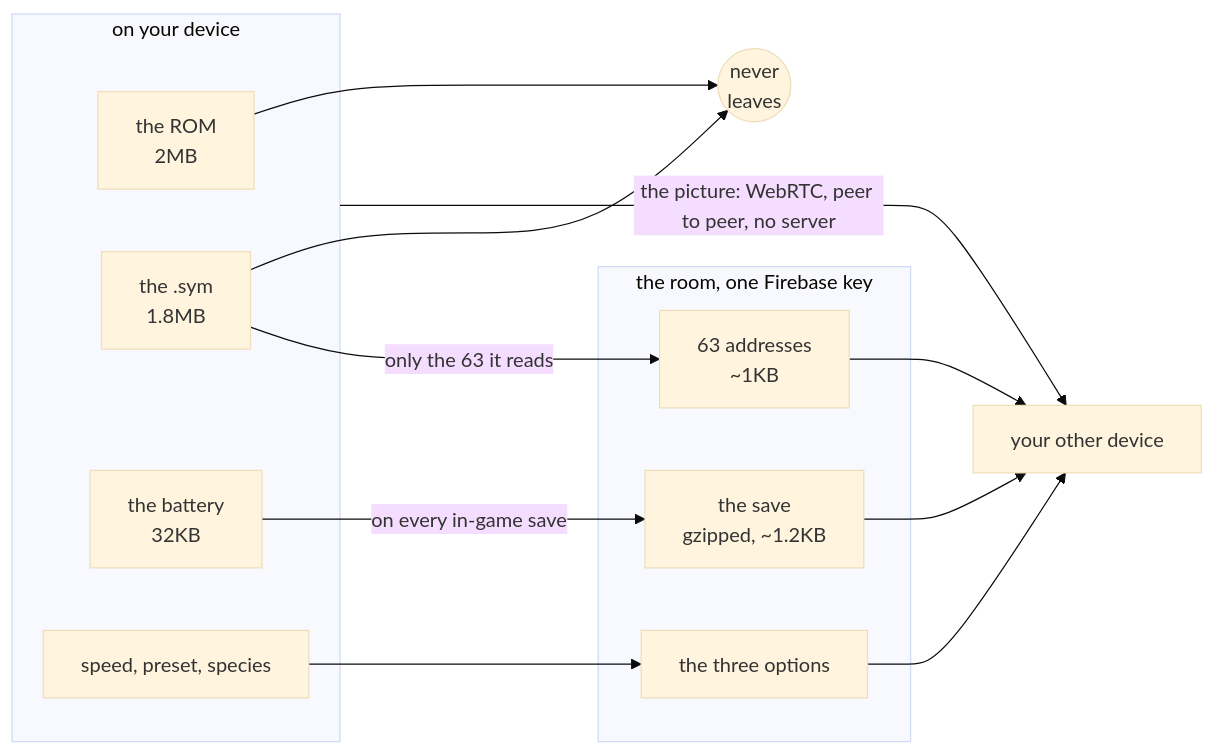
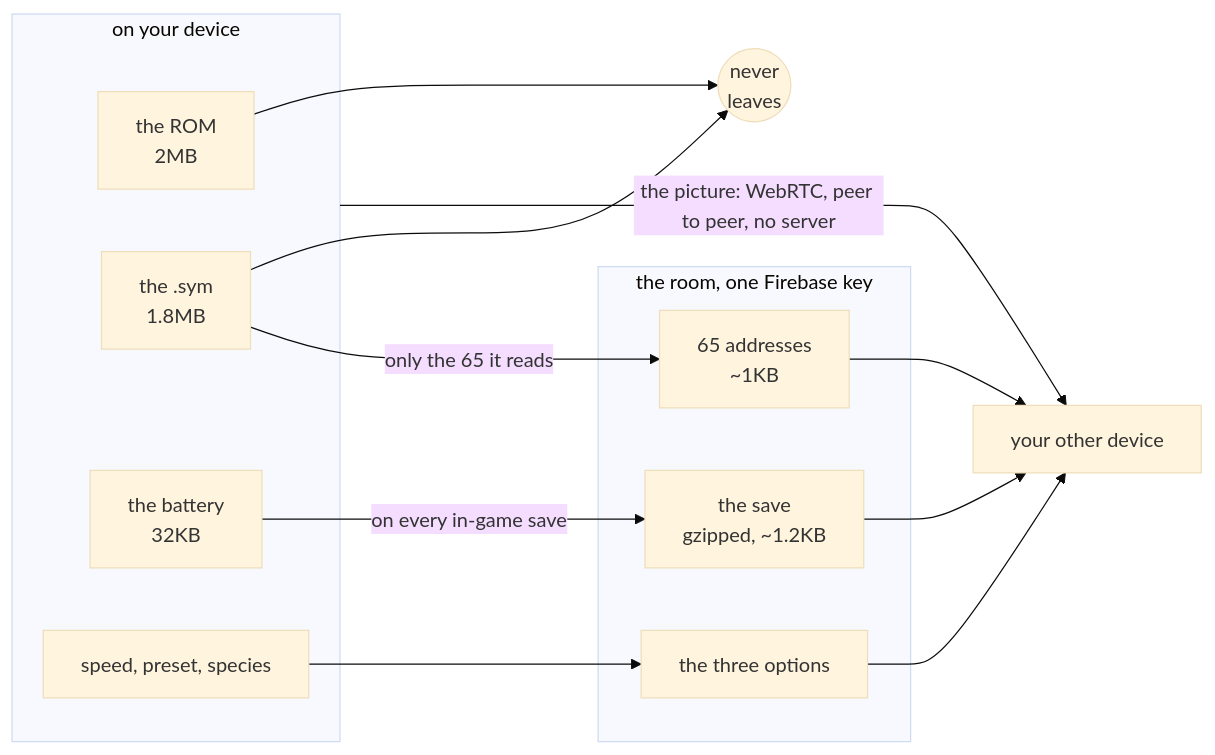
Before and after one commit to minormending/crystal-pilot-mobile: the second of 2 diagrams in docs/DEVICES.md, drawn with Mermaid (base theme). The commit also changed other lines of this file and 4 other files, not shown here.

````diff
--- a/docs/DEVICES.md
+++ b/docs/DEVICES.md
@@ -327,25 +327,25 @@
 ```mermaid
 flowchart LR
     subgraph D["on your device"]
         ROM["the ROM<br/>2MB"]
         SYM["the .sym<br/>1.8MB"]
         SAVE["the battery<br/>32KB"]
         OPT["speed, preset, species"]
     end
     STOP(("never<br/>leaves"))
     subgraph R["the room, one Firebase key"]
-        A["63 addresses<br/>~1KB"]
+        A["65 addresses<br/>~1KB"]
         S["the save<br/>gzipped, ~1.2KB"]
         O["the three options"]
     end
     OTHER["your other device"]
     ROM --> STOP
     SYM --> STOP
-    SYM -->|"only the 63 it reads"| A
+    SYM -->|"only the 65 it reads"| A
     SAVE -->|"on every in-game save"| S
     OPT --> O
     A --> OTHER
     S --> OTHER
     O --> OTHER
     D -->|"the picture: WebRTC, peer to peer, no server"| OTHER
 ```
````
